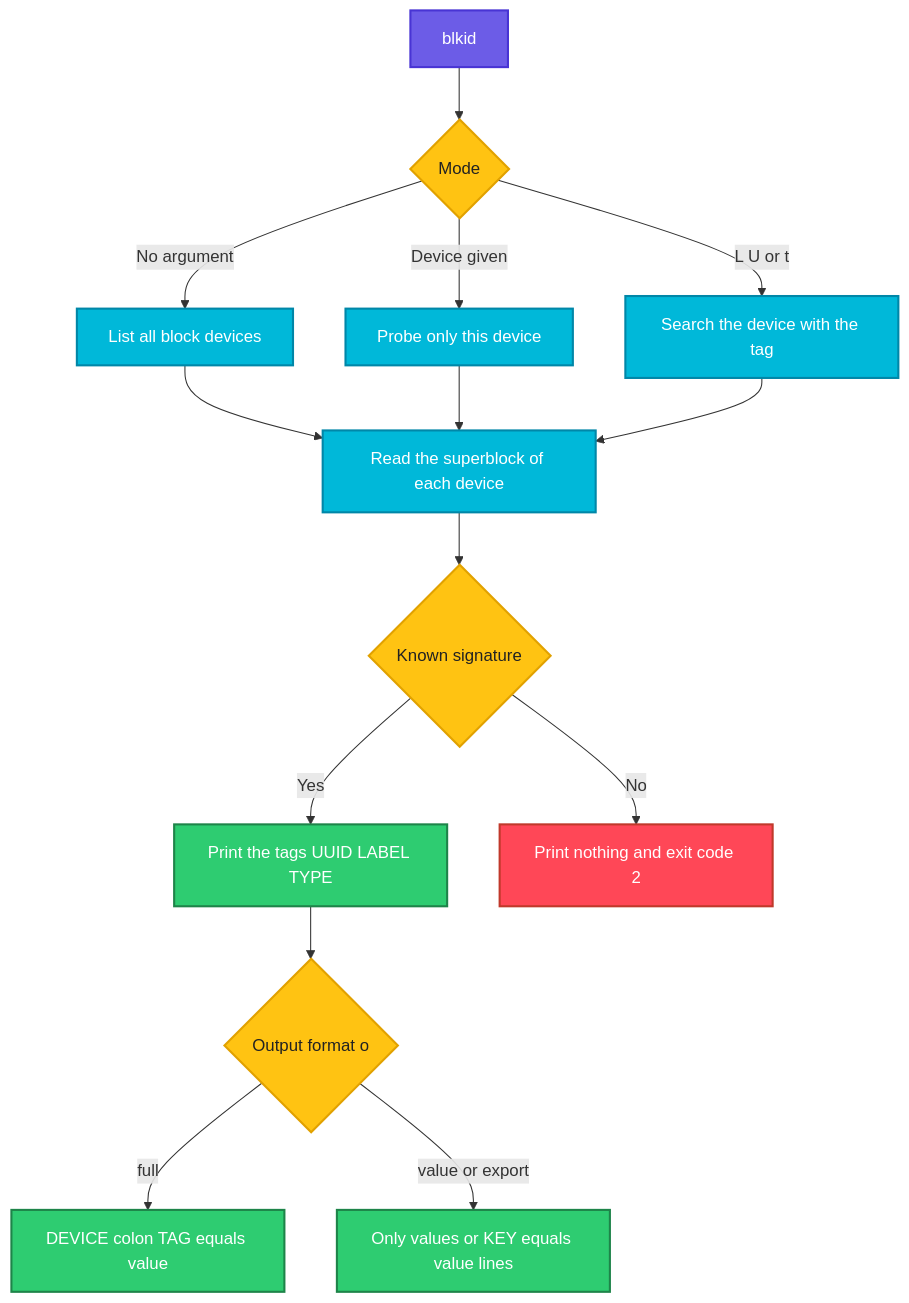
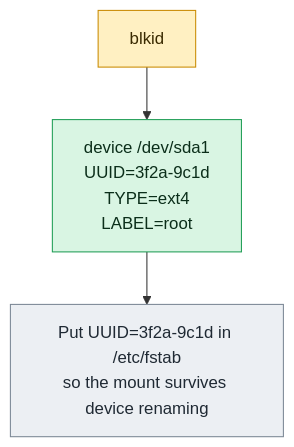
One commit to codeKerdosTech/DevOps-Documentation changed the diagram in linux/system-info/blkid.md. Above: the diagram before and after it, drawn with Mermaid. The commit also changed other lines of this file and 165 other files, not shown here.

Commit message:
updated diagrams in linux

````diff
--- a/linux/system-info/blkid.md
+++ b/linux/system-info/blkid.md
@@ -28,28 +28,13 @@
 ```mermaid
 flowchart TD
-    A[blkid] --> B{Mode}
-    B -->|No argument| C[List all block devices]
-    B -->|Device given| D[Probe only this device]
-    B -->|L U or t| E[Search the device with the tag]
-    C --> F[Read the superblock of each device]
-    D --> F
-    E --> F
-    F --> G{Known signature}
-    G -->|Yes| H[Print the tags UUID LABEL TYPE]
-    G -->|No| I[Print nothing and exit code 2]
-    H --> J{Output format o}
-    J -->|full| K[DEVICE colon TAG equals value]
-    J -->|value or export| L[Only values or KEY equals value lines]
-    classDef start fill:#6C5CE7,stroke:#4834D4,stroke-width:2px,color:#fff
-    classDef proc fill:#00B8D9,stroke:#0087A8,stroke-width:2px,color:#fff
-    classDef dec fill:#FFC312,stroke:#E1A100,stroke-width:2px,color:#222
-    classDef ok fill:#2ECC71,stroke:#1E8449,stroke-width:2px,color:#fff
-    classDef err fill:#FF4757,stroke:#C0392B,stroke-width:2px,color:#fff
-    classDef out fill:#FD79A8,stroke:#E84393,stroke-width:2px,color:#fff
-    classDef alt fill:#FF9F43,stroke:#E67E22,stroke-width:2px,color:#fff
-    class A start
-    class B,G,J dec
-    class C,D,E,F proc
-    class H,K,L ok
-    class I err
+    c1[blkid] --> o1[device /dev/sda1<br/>UUID=3f2a-9c1d<br/>TYPE=ext4<br/>LABEL=root]
+    o1 --> n1[Put UUID=3f2a-9c1d in /etc/fstab<br/>so the mount survives device renaming]
+    classDef inp fill:#DCEBFF,stroke:#2F6FDE,color:#10213F
+    classDef cmd fill:#FFF0C2,stroke:#C98A00,color:#3A2A00
+    classDef out fill:#D9F5E3,stroke:#1F9D55,color:#0B2E1A
+    classDef bad fill:#FDE0E0,stroke:#D13B3B,color:#4A0F0F
+    classDef note fill:#ECEFF3,stroke:#7B8794,color:#1F2933
+    class c1 cmd
+    class o1 out
+    class n1 note
 ```
````
